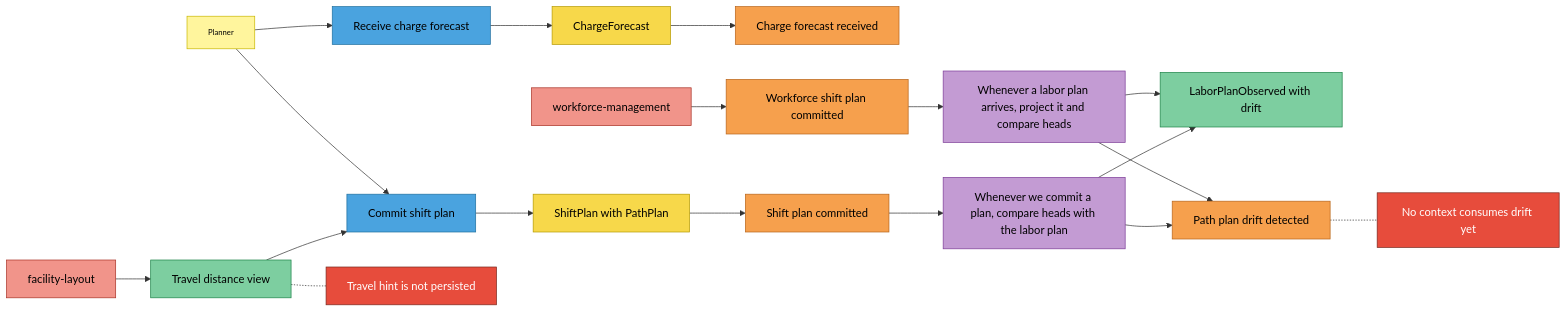
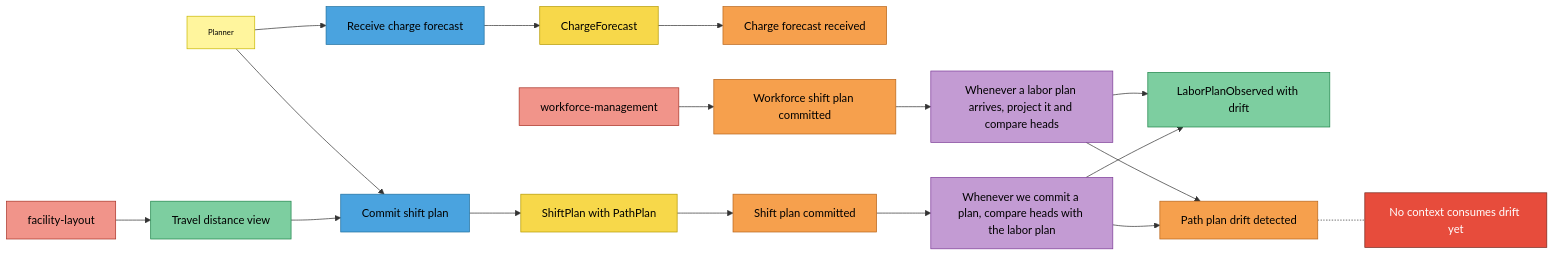
Before and after one commit to IQVO/warehouse-docs: the second of 4 diagrams in docs/contexts/wes-work-planning/eventstorming.md, drawn with Mermaid. The commit also changed other lines of this file and 107 other files, not shown here.

````diff
--- a/docs/contexts/wes-work-planning/eventstorming.md
+++ b/docs/contexts/wes-work-planning/eventstorming.md
@@ -44,43 +44,41 @@
 ```mermaid
 flowchart LR
     Planner["Planner"]:::actor
     WM["workforce-management"]:::external
     FL["facility-layout"]:::external
 
     C1["Receive charge forecast"]:::command
     A1["ChargeForecast"]:::aggregate
     E1["Charge forecast received"]:::event
 
     C2["Commit shift plan"]:::command
     A2["ShiftPlan with PathPlan"]:::aggregate
     E2["Shift plan committed"]:::event
     R0["Travel distance view"]:::readmodel
 
     EW["Workforce shift plan committed"]:::event
     P1["Whenever a labor plan arrives, project it and compare heads"]:::policy
     P2["Whenever we commit a plan, compare heads with the labor plan"]:::policy
     R1["LaborPlanObserved with drift"]:::readmodel
     E3["Path plan drift detected"]:::event
     H1["No context consumes drift yet"]:::hotspot
-    H2["Travel hint is not persisted"]:::hotspot
 
     Planner --> C1 --> A1 --> E1
     Planner --> C2
     FL --> R0 --> C2
     C2 --> A2 --> E2 --> P2
     WM --> EW --> P1 --> R1
     P2 --> R1
     P1 --> E3
     P2 --> E3
     E3 -.- H1
-    R0 -.- H2
 
     classDef actor fill:#fff59d,stroke:#c9b800,color:#000,font-size:11px
     classDef command fill:#4aa3df,stroke:#1f6f9f,color:#000
     classDef aggregate fill:#f7d84a,stroke:#b59a00,color:#000
     classDef event fill:#f6a04d,stroke:#b8651b,color:#000
     classDef policy fill:#c39bd3,stroke:#7d3c98,color:#000
     classDef readmodel fill:#7dcea0,stroke:#1e8449,color:#000
     classDef external fill:#f1948a,stroke:#a93226,color:#000
     classDef hotspot fill:#e74c3c,stroke:#78281f,color:#fff
 ```
````
